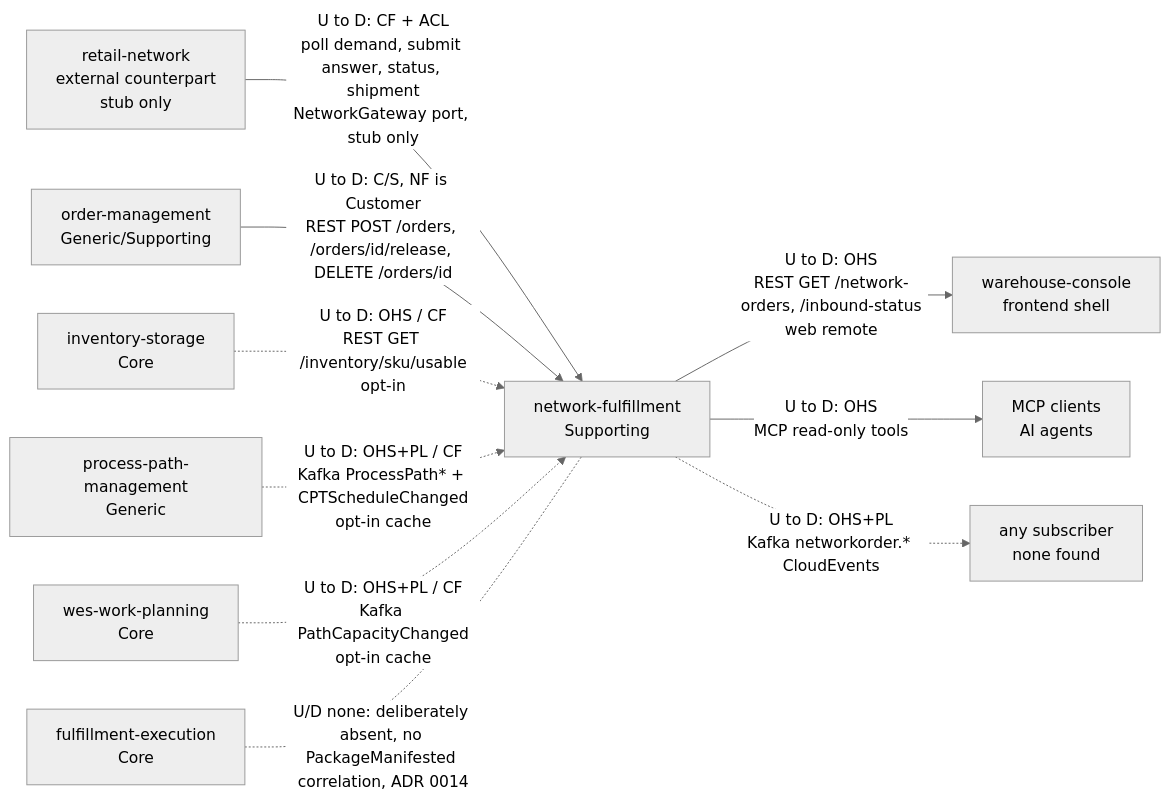
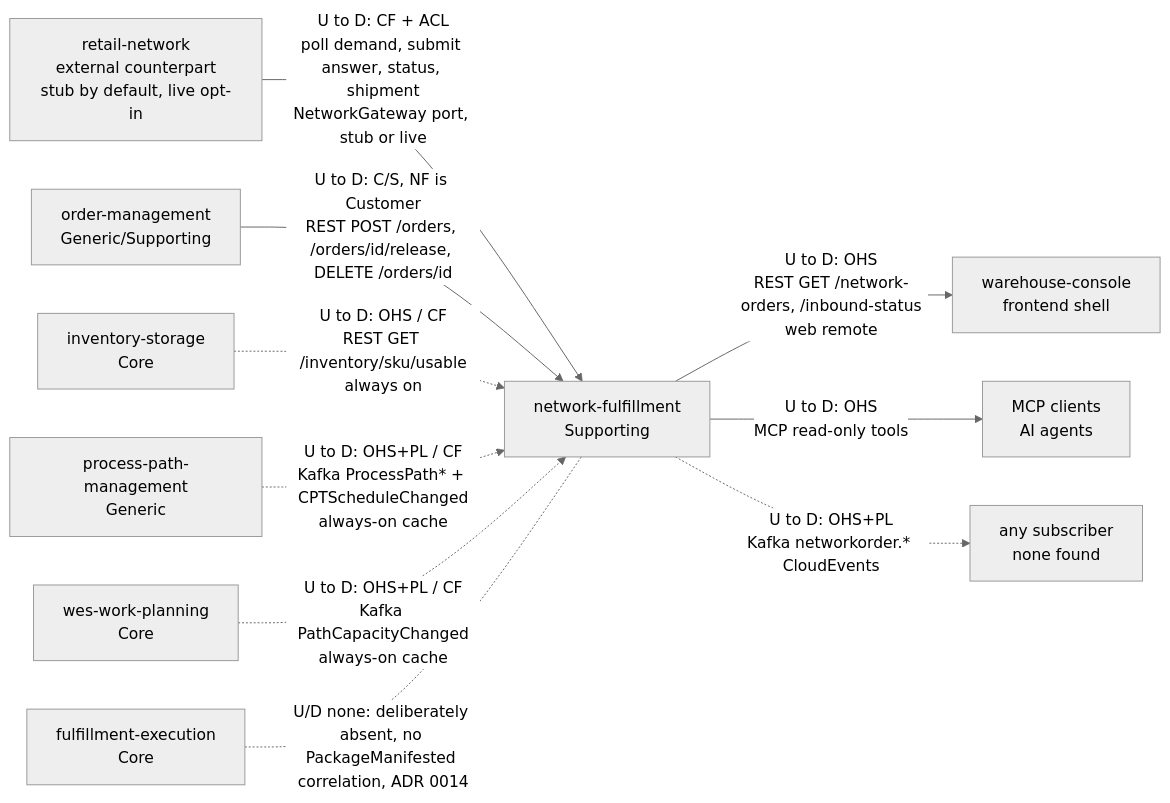
One commit to IQVO/warehouse-docs changed the diagram in docs/contexts/network-fulfillment/context-map.md. Above: the diagram before and after it, drawn with Mermaid (neutral theme). The commit also changed other lines of this file and 237 other files, not shown here.

````diff
--- a/docs/contexts/network-fulfillment/context-map.md
+++ b/docs/contexts/network-fulfillment/context-map.md
@@ -19,23 +19,23 @@
 ```mermaid
 flowchart LR
-    RN["retail-network<br/>external counterpart<br/>stub only"]
+    RN["retail-network<br/>external counterpart<br/>stub by default, live opt-in"]
     NF["network-fulfillment<br/>Supporting"]
     OM["order-management<br/>Generic/Supporting"]
     INV["inventory-storage<br/>Core"]
     PPM["process-path-management<br/>Generic"]
     WWP["wes-work-planning<br/>Core"]
     FE["fulfillment-execution<br/>Core"]
     CON["warehouse-console<br/>frontend shell"]
     AGT["MCP clients<br/>AI agents"]
     SUB["any subscriber<br/>none found"]
 
-    RN -->|"U to D: CF + ACL<br/>poll demand, submit answer, status, shipment<br/>NetworkGateway port, stub only"| NF
+    RN -->|"U to D: CF + ACL<br/>poll demand, submit answer, status, shipment<br/>NetworkGateway port, stub or live"| NF
     OM -->|"U to D: C/S, NF is Customer<br/>REST POST /orders, /orders/id/release, DELETE /orders/id"| NF
-    INV -.->|"U to D: OHS / CF<br/>REST GET /inventory/sku/usable<br/>opt-in"| NF
-    PPM -.->|"U to D: OHS+PL / CF<br/>Kafka ProcessPath* + CPTScheduleChanged<br/>opt-in cache"| NF
-    WWP -.->|"U to D: OHS+PL / CF<br/>Kafka PathCapacityChanged<br/>opt-in cache"| NF
+    INV -.->|"U to D: OHS / CF<br/>REST GET /inventory/sku/usable<br/>always on"| NF
+    PPM -.->|"U to D: OHS+PL / CF<br/>Kafka ProcessPath* + CPTScheduleChanged<br/>always-on cache"| NF
+    WWP -.->|"U to D: OHS+PL / CF<br/>Kafka PathCapacityChanged<br/>always-on cache"| NF
     NF -->|"U to D: OHS<br/>REST GET /network-orders, /inbound-status<br/>web remote"| CON
     NF -->|"U to D: OHS<br/>MCP read-only tools"| AGT
     NF -.->|"U to D: OHS+PL<br/>Kafka networkorder.* CloudEvents"| SUB
     FE -. "U/D none: deliberately absent, no PackageManifested correlation, ADR 0014" .- NF
 ```
````
